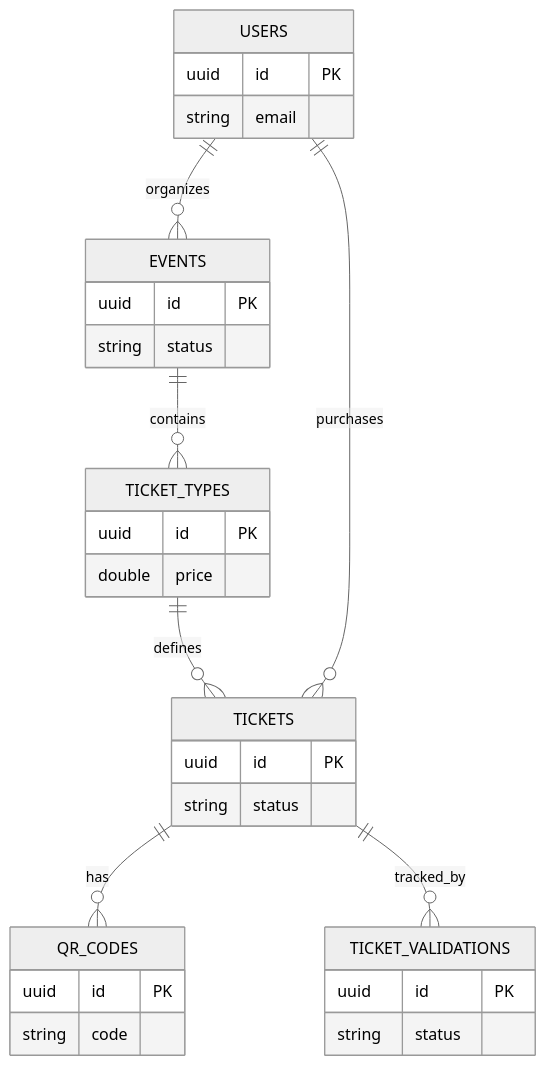
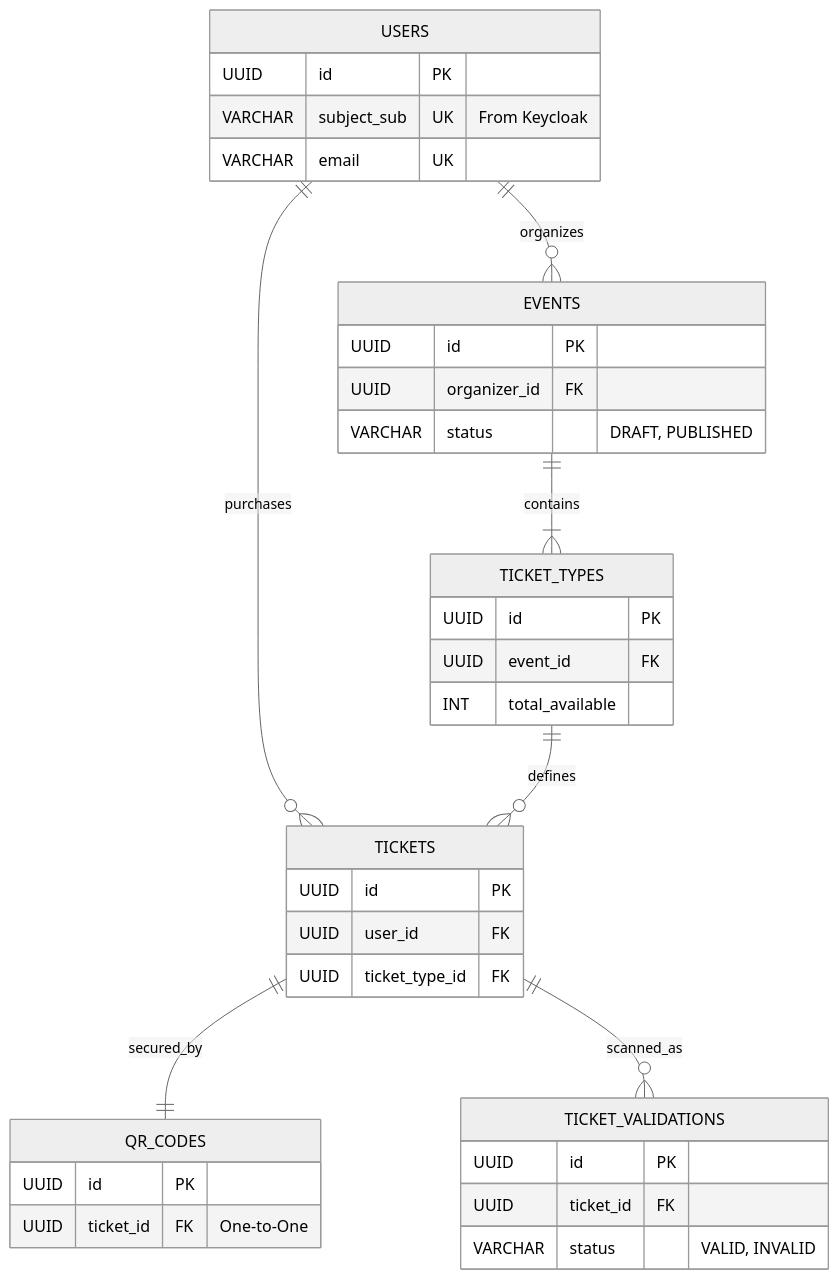
The fifth of 5 diagrams in README.md (himanshugupta91/TicketForge-Event-Ticket-Platform), drawn with Mermaid (neutral theme) before and after one commit. The commit also changed other lines of this file, not shown here.

Commit message:
docs: improve README structure, architecture diagrams and interview questions

````diff
--- a/README.md
+++ b/README.md
@@ -186,34 +293,41 @@
 ```mermaid
 erDiagram
-    USERS ||--o{ EVENTS : organizes
-    EVENTS ||--o{ TICKET_TYPES : contains
-    TICKET_TYPES ||--o{ TICKETS : defines
-    USERS ||--o{ TICKETS : purchases
-    TICKETS ||--o{ QR_CODES : has
-    TICKETS ||--o{ TICKET_VALIDATIONS : tracked_by
+    USERS ||--o{ EVENTS : "organizes"
+    USERS ||--o{ TICKETS : "purchases"
+    
+    EVENTS ||--|{ TICKET_TYPES : "contains"
+    TICKET_TYPES ||--o{ TICKETS : "defines"
+    
+    TICKETS ||--|| QR_CODES : "secured_by"
+    TICKETS ||--o{ TICKET_VALIDATIONS : "scanned_as"
 
     USERS {
-        uuid id PK
-        string email
+        UUID id PK
+        VARCHAR subject_sub UK "From Keycloak"
+        VARCHAR email UK
     }
     EVENTS {
-        uuid id PK
-        string status
+        UUID id PK
+        UUID organizer_id FK
+        VARCHAR status "DRAFT, PUBLISHED"
+    }
+    TICKET_TYPES {
+        UUID id PK
+        UUID event_id FK
+        INT total_available
     }
     TICKETS {
-        uuid id PK
-        string status
-    }
-    TICKET_TYPES {
-        uuid id PK
-        double price
+        UUID id PK
+        UUID user_id FK
+        UUID ticket_type_id FK
     }
     QR_CODES {
-        uuid id PK
-        string code
+        UUID id PK
+        UUID ticket_id FK "One-to-One"
     }
     TICKET_VALIDATIONS {
-        uuid id PK
-        string status
+        UUID id PK
+        UUID ticket_id FK
+        VARCHAR status "VALID, INVALID"
     }
 ```
````
